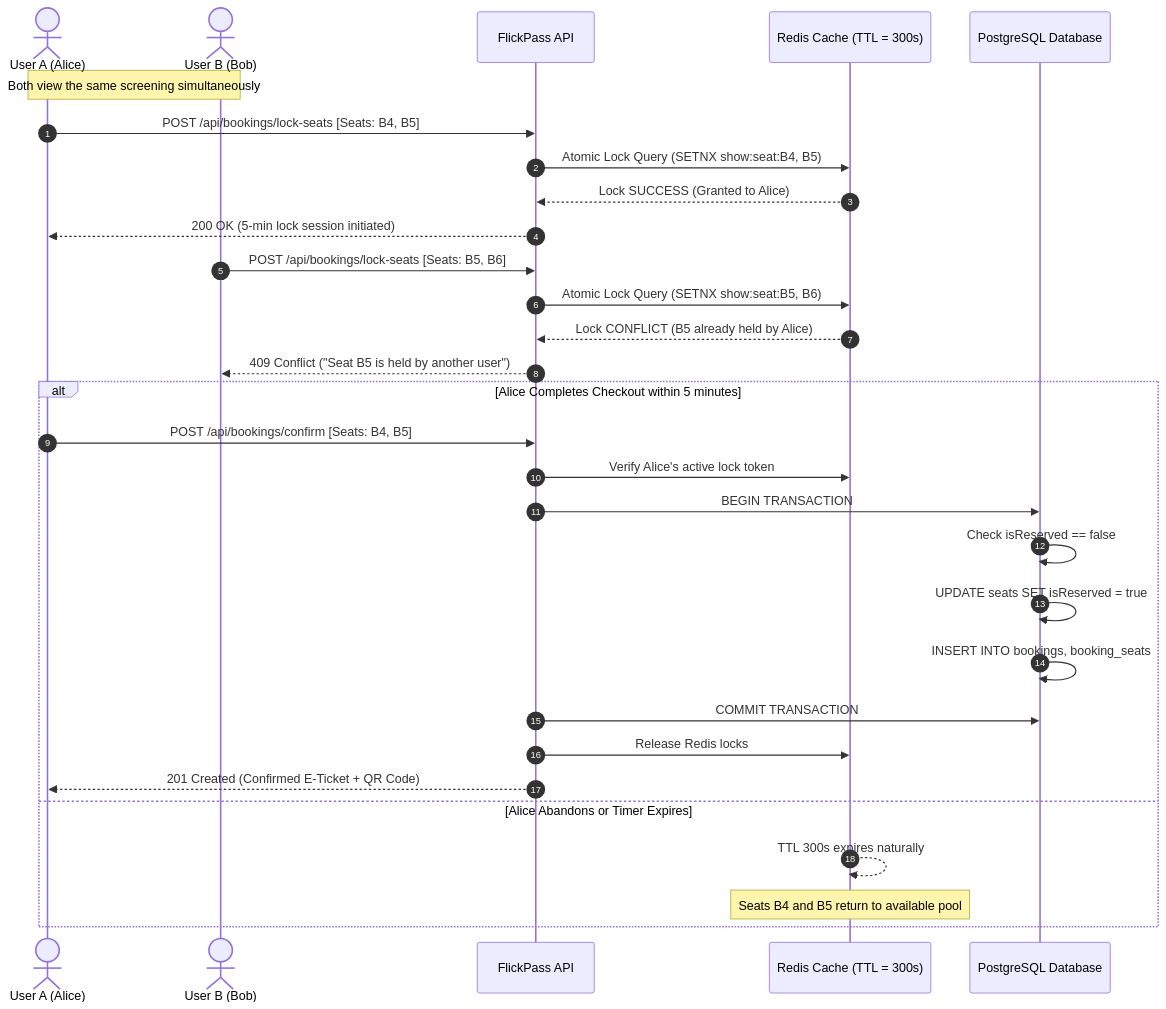
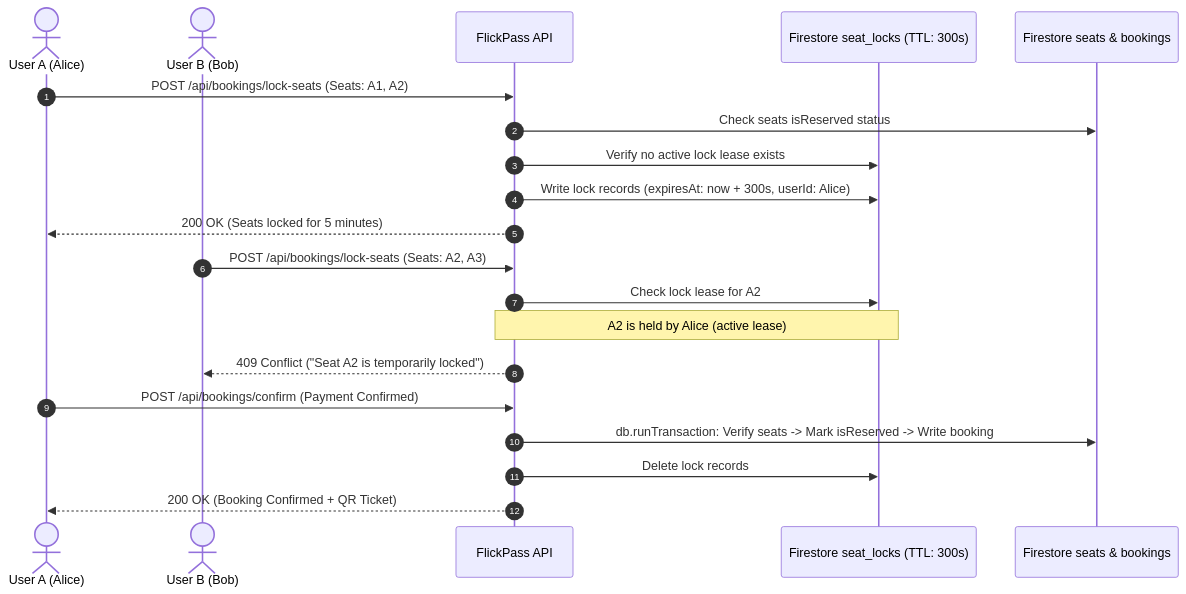
The second of 2 diagrams in README.md (ShivamChaturvedi54/FlickPass), drawn with Mermaid before and after one commit. The commit also changed other lines of this file and 19 other files, not shown here.

````diff
--- a/README.md
+++ b/README.md
@@ -92,35 +93,25 @@
 ```mermaid
 sequenceDiagram
     autonumber
     actor Alice as User A (Alice)
     actor Bob as User B (Bob)
     participant API as FlickPass API
-    participant Redis as Redis Cache (TTL = 300s)
-    participant DB as PostgreSQL Database
+    participant FS_Locks as Firestore seat_locks (TTL: 300s)
+    participant FS_DB as Firestore seats & bookings
 
-    Note over Alice,Bob: Both view the same screening simultaneously
-    Alice->>API: POST /api/bookings/lock-seats [Seats: B4, B5]
-    API->>Redis: Atomic Lock Query (SETNX show:seat:B4, B5)
-    Redis-->>API: Lock SUCCESS (Granted to Alice)
-    API-->>Alice: 200 OK (5-min lock session initiated)
+    Alice->>API: POST /api/bookings/lock-seats (Seats: A1, A2)
+    API->>FS_DB: Check seats isReserved status
+    API->>FS_Locks: Verify no active lock lease exists
+    API->>FS_Locks: Write lock records (expiresAt: now + 300s, userId: Alice)
+    API-->>Alice: 200 OK (Seats locked for 5 minutes)
 
-    Bob->>API: POST /api/bookings/lock-seats [Seats: B5, B6]
-    API->>Redis: Atomic Lock Query (SETNX show:seat:B5, B6)
-    Redis-->>API: Lock CONFLICT (B5 already held by Alice)
-    API-->>Bob: 409 Conflict ("Seat B5 is held by another user")
+    Bob->>API: POST /api/bookings/lock-seats (Seats: A2, A3)
+    API->>FS_Locks: Check lock lease for A2
+    Note over API,FS_Locks: A2 is held by Alice (active lease)
+    API-->>Bob: 409 Conflict ("Seat A2 is temporarily locked")
 
-    alt Alice Completes Checkout within 5 minutes
-        Alice->>API: POST /api/bookings/confirm [Seats: B4, B5]
-        API->>Redis: Verify Alice's active lock token
-        API->>DB: BEGIN TRANSACTION
-        DB->>DB: Check isReserved == false
-        DB->>DB: UPDATE seats SET isReserved = true
-        DB->>DB: INSERT INTO bookings, booking_seats
-        API->>DB: COMMIT TRANSACTION
-        API->>Redis: Release Redis locks
-        API-->>Alice: 201 Created (Confirmed E-Ticket + QR Code)
-    else Alice Abandons or Timer Expires
-        Redis-->>Redis: TTL 300s expires naturally
-        Note over Redis: Seats B4 and B5 return to available pool
-    end
+    Alice->>API: POST /api/bookings/confirm (Payment Confirmed)
+    API->>FS_DB: db.runTransaction: Verify seats -> Mark isReserved -> Write booking
+    API->>FS_Locks: Delete lock records
+    API-->>Alice: 200 OK (Booking Confirmed + QR Ticket)
 ```
````
